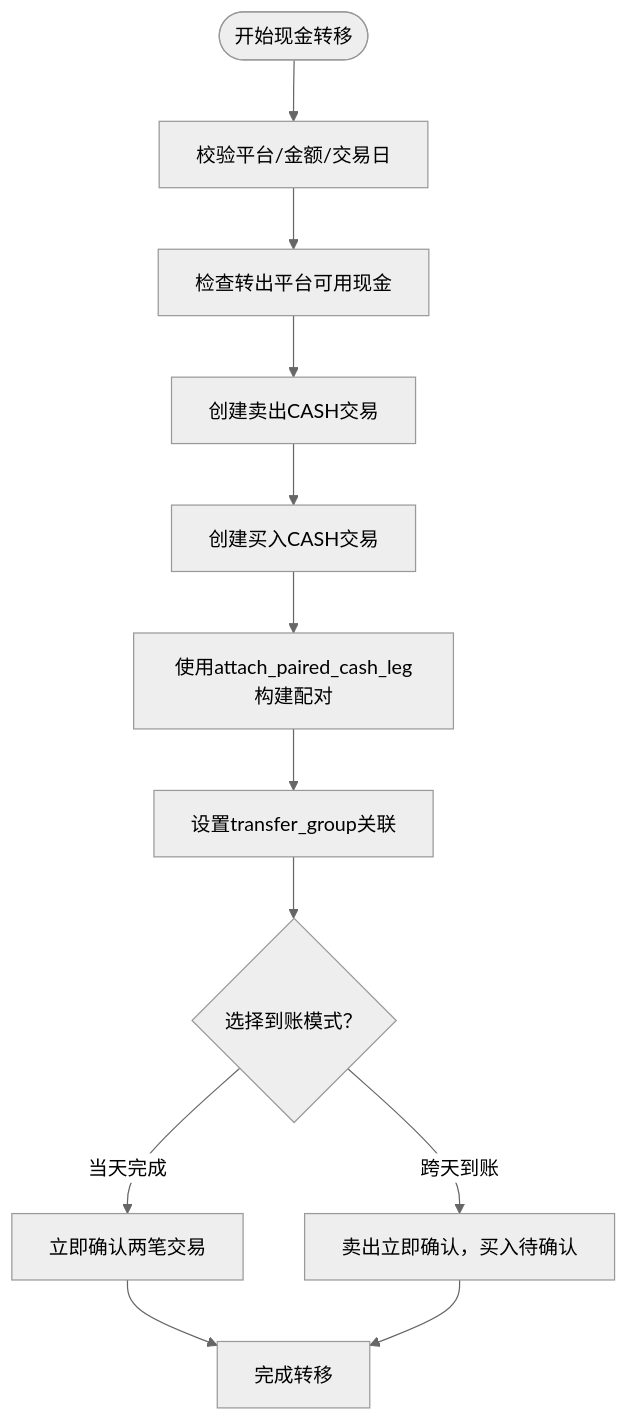
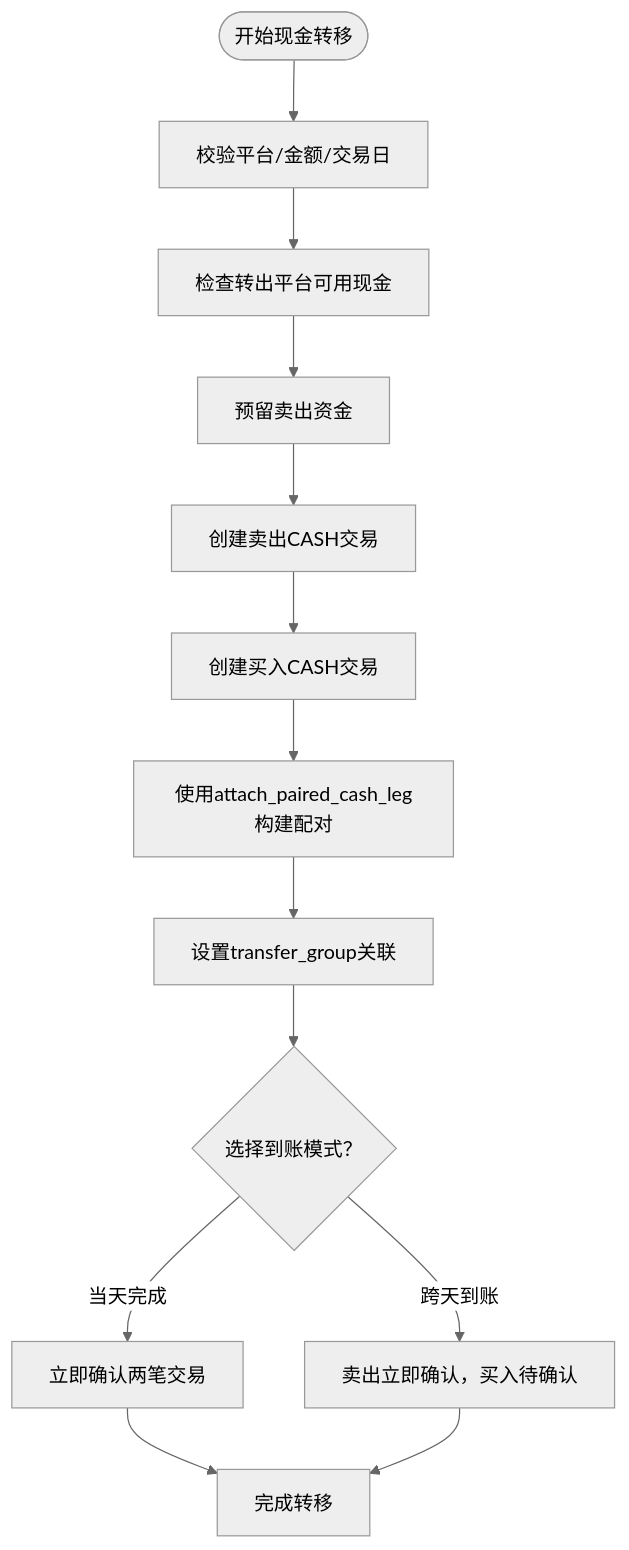
The eighth of 16 diagrams in .qoder/repowiki/zh/content/核心业务功能/交易处理.md (gujialind/InvestRing), drawn with Mermaid (neutral theme) before and after one commit. The commit also changed other lines of this file and 15 other files, not shown here.

````diff
--- a/.qoder/repowiki/zh/content/核心业务功能/交易处理.md
+++ b/.qoder/repowiki/zh/content/核心业务功能/交易处理.md
@@ -396,14 +416,15 @@
 ```mermaid
 flowchart TD
 Start(["开始现金转移"]) --> Validate["校验平台/金额/交易日"]
 Validate --> CheckCash["检查转出平台可用现金"]
-CheckCash --> CreateSell["创建卖出CASH交易"]
+CheckCash --> ReserveCash["预留卖出资金"]
+ReserveCash --> CreateSell["创建卖出CASH交易"]
 CreateSell --> CreateBuy["创建买入CASH交易"]
 CreateBuy --> AttachPair["使用attach_paired_cash_leg构建配对"]
 AttachPair --> SetGroup["设置transfer_group关联"]
 SetGroup --> Mode{"选择到账模式？"}
 Mode --> |当天完成| Immediate["立即确认两笔交易"]
 Mode --> |跨天到账| Delayed["卖出立即确认，买入待确认"]
 Immediate --> Complete["完成转移"]
 Delayed --> Complete
 ```
````
